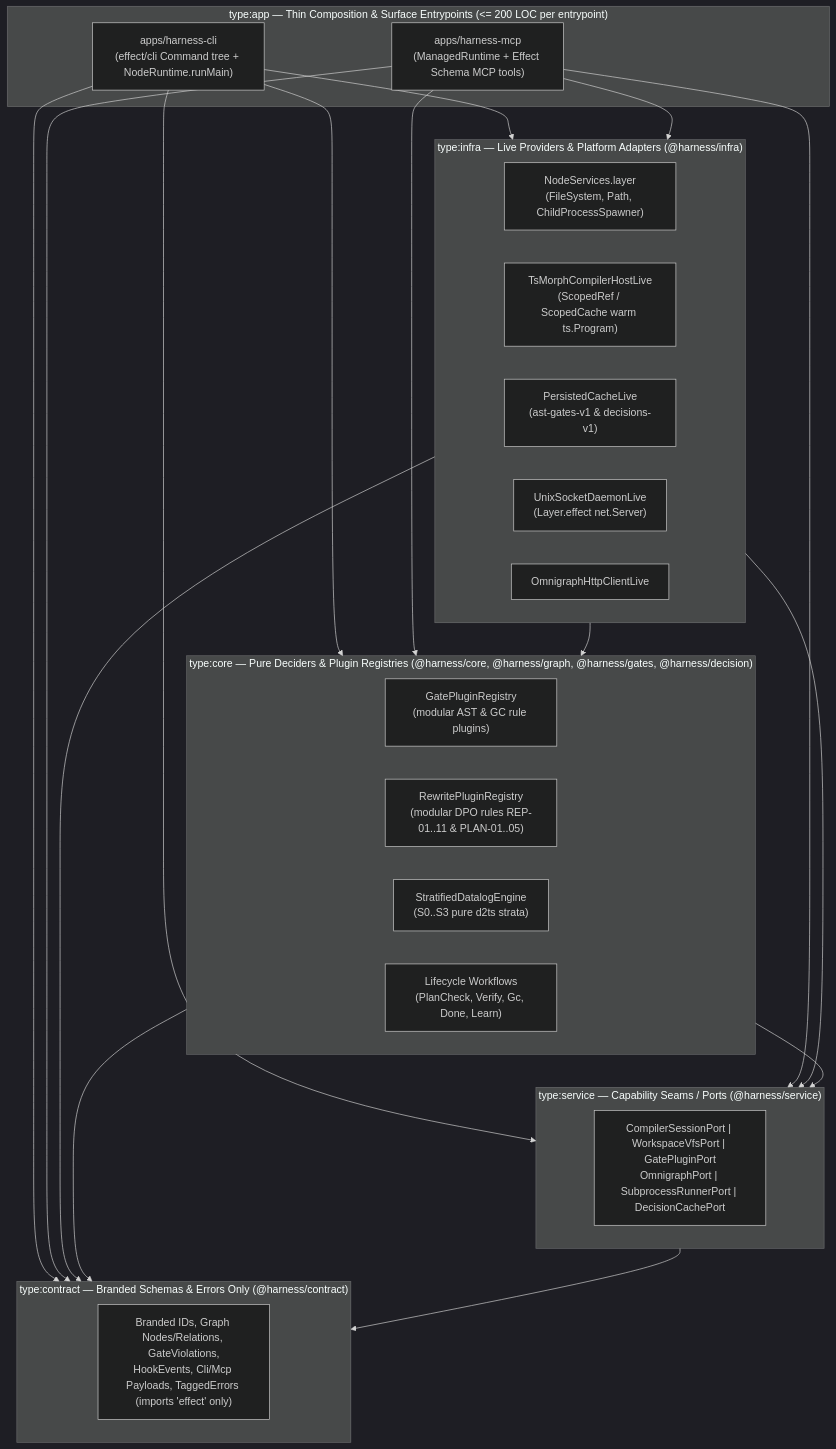
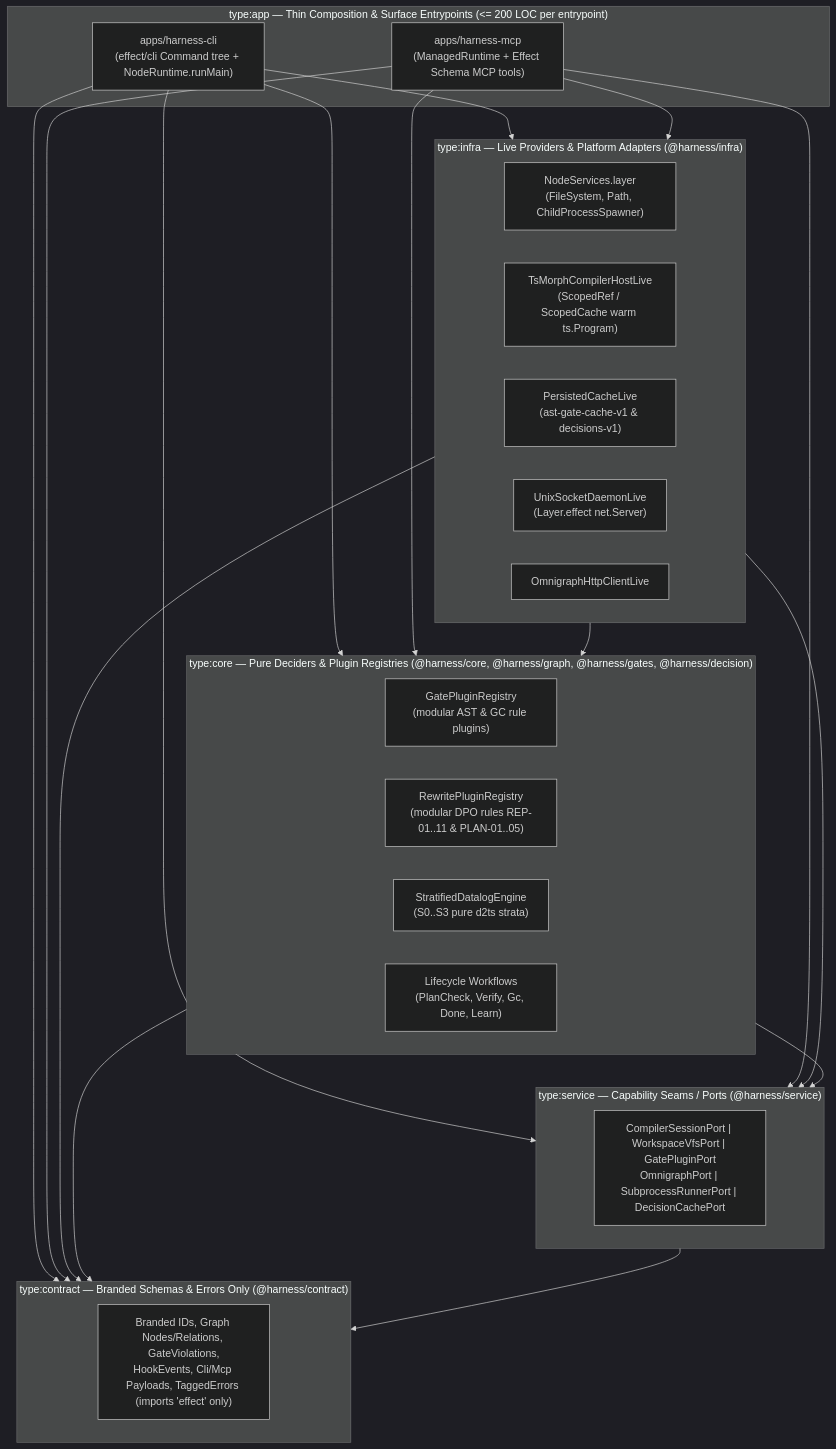
One commit to selmeci/effect-ts-harness changed the diagram in docs/rfcs/0007-self-dogfooding-audit-and-modular-plugin-harness-architecture.md. Above: the diagram before and after it, drawn with Mermaid (dark theme). The commit also changed other lines of this file and 37 other files, not shown here.

First line of the commit message:
refactor(harness): replace manual ast-gates-vN versioning with automatic rule-source hash (#40)

````diff
--- a/docs/rfcs/0007-self-dogfooding-audit-and-modular-plugin-harness-architecture.md
+++ b/docs/rfcs/0007-self-dogfooding-audit-and-modular-plugin-harness-architecture.md
@@ -261,35 +261,35 @@
 ```mermaid
 flowchart TB
   subgraph Apps["type:app — Thin Composition & Surface Entrypoints (<= 200 LOC per entrypoint)"]
     CLI["apps/harness-cli\n(effect/cli Command tree + NodeRuntime.runMain)"]
     MCP["apps/harness-mcp\n(ManagedRuntime + Effect Schema MCP tools)"]
   end
 
   subgraph Infra["type:infra — Live Providers & Platform Adapters (@harness/infra)"]
     NODE["NodeServices.layer\n(FileSystem, Path, ChildProcessSpawner)"]
     TS_HOST["TsMorphCompilerHostLive\n(ScopedRef / ScopedCache warm ts.Program)"]
-    CACHE_LIVE["PersistedCacheLive\n(ast-gates-v1 & decisions-v1)"]
+    CACHE_LIVE["PersistedCacheLive\n(ast-gate-cache-v1 & decisions-v1)"]
     DAEMON_LIVE["UnixSocketDaemonLive\n(Layer.effect net.Server)"]
     OMNI_LIVE["OmnigraphHttpClientLive"]
   end
 
   subgraph Core["type:core — Pure Deciders & Plugin Registries (@harness/core, @harness/graph, @harness/gates, @harness/decision)"]
     GATE_REG["GatePluginRegistry\n(modular AST & GC rule plugins)"]
     DPO_REG["RewritePluginRegistry\n(modular DPO rules REP-01..11 & PLAN-01..05)"]
     DL_ENG["StratifiedDatalogEngine\n(S0..S3 pure d2ts strata)"]
     LC_FLOW["Lifecycle Workflows\n(PlanCheck, Verify, Gc, Done, Learn)"]
   end
 
   subgraph Service["type:service — Capability Seams / Ports (@harness/service)"]
     PORTS["CompilerSessionPort | WorkspaceVfsPort | GatePluginPort\nOmnigraphPort | SubprocessRunnerPort | DecisionCachePort"]
   end
 
   subgraph Contract["type:contract — Branded Schemas & Errors Only (@harness/contract)"]
     SCHEMAS["Branded IDs, Graph Nodes/Relations, GateViolations,\nHookEvents, Cli/Mcp Payloads, TaggedErrors (imports 'effect' only)"]
   end
 
   CLI & MCP --> Infra & Core & Service & Contract
   Infra --> Core & Service & Contract
   Core --> Service & Contract
   Service --> Contract
 ```
````
